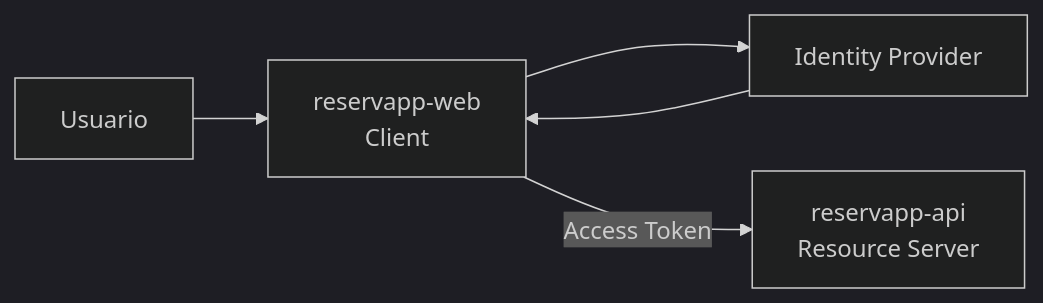
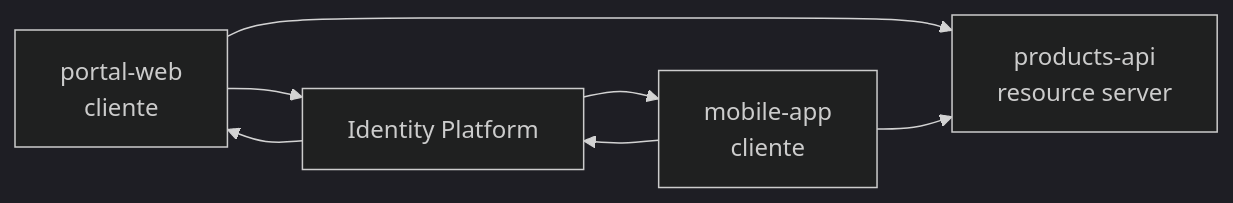
One commit to cmartinezs/DSY1107-DESARROLLO-CLOUD-NATIVE-I-2026-2 changed the first of 6 diagrams in semanas/semana-02/04-configurando-apps-idaas.md. Above: the diagram before and after it, drawn with Mermaid (dark theme). The commit also changed other lines of this file, not shown here.

Commit message:
docs: fix app registration content and GitHub-safe Mermaid

````diff
--- a/semanas/semana-02/04-configurando-apps-idaas.md
+++ b/semanas/semana-02/04-configurando-apps-idaas.md
@@ -52,7 +25,9 @@
 ```mermaid
 flowchart LR
-    U[Usuario] --> WEB[reservapp-web\nClient]
-    WEB --> IDP[Identity Provider]
+    WEB["portal-web<br/>cliente"] --> IDP["Identity Platform"]
+    MOB["mobile-app<br/>cliente"] --> IDP
     IDP --> WEB
-    WEB -->|Access Token| API[reservapp-api\nResource Server]
+    IDP --> MOB
+    WEB --> API["products-api<br/>resource server"]
+    MOB --> API
 ```
````
